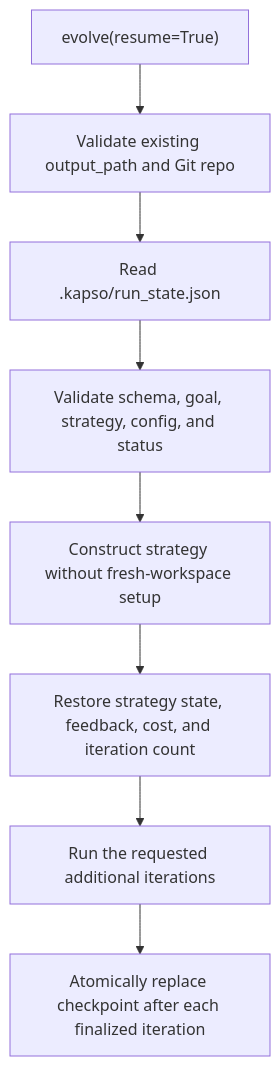
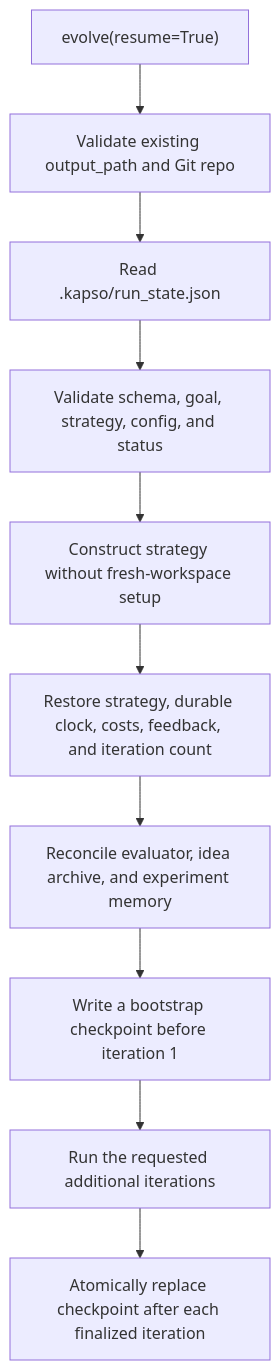
One commit to Leeroo-AI/kapso changed the diagram in docs/evolve/resuming-runs.mdx. Above: the diagram before and after it, drawn with Mermaid. The commit also changed other lines of this file and 97 other files, not shown here.

````diff
--- a/docs/evolve/resuming-runs.mdx
+++ b/docs/evolve/resuming-runs.mdx
@@ -54,10 +54,12 @@
 ```mermaid
 flowchart TD
     A["evolve(resume=True)"] --> B["Validate existing output_path and Git repo"]
     B --> C["Read .kapso/run_state.json"]
     C --> D["Validate schema, goal, strategy, config, and status"]
     D --> E["Construct strategy without fresh-workspace setup"]
-    E --> F["Restore strategy state, feedback, cost, and iteration count"]
-    F --> G["Run the requested additional iterations"]
-    G --> H["Atomically replace checkpoint after each finalized iteration"]
+    E --> F["Restore strategy, durable clock, costs, feedback, and iteration count"]
+    F --> G["Reconcile evaluator, idea archive, and experiment memory"]
+    G --> H["Write a bootstrap checkpoint before iteration 1"]
+    H --> I["Run the requested additional iterations"]
+    I --> J["Atomically replace checkpoint after each finalized iteration"]
 ```
````
